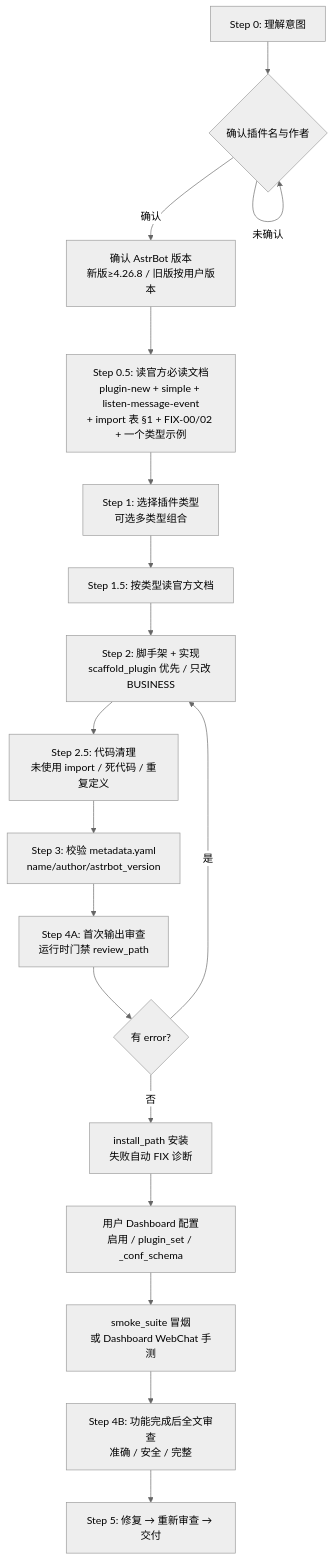
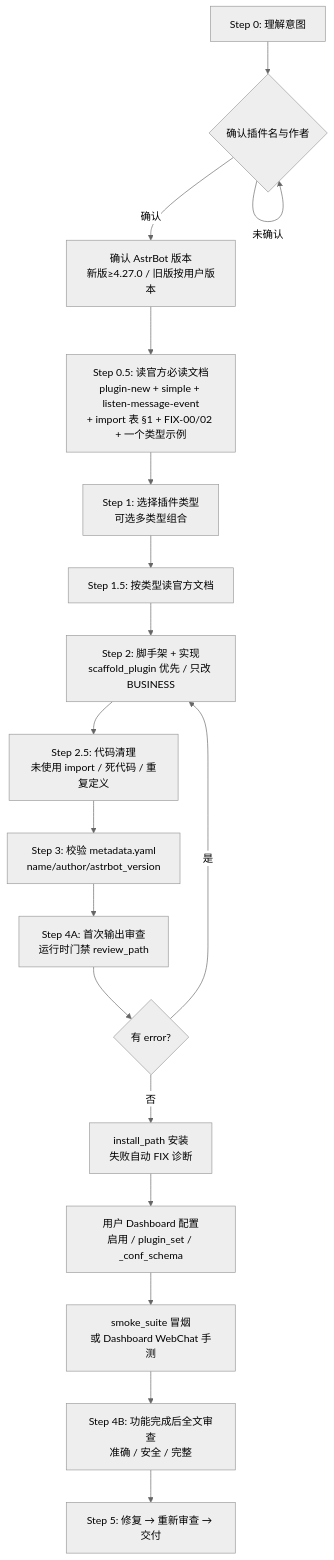
Before and after one commit to SteveBaka/skill_astrbot_plugin_dev_review: the diagram in README.md, drawn with Mermaid (neutral theme). The commit also changed other lines of this file and 4 other files, not shown here.

First line of the commit message:
docs(skill): 对齐 AstrBot v4.27.2 版本标注（推荐目标 ≥4.27.0）

````diff
--- a/README.md
+++ b/README.md
@@ -249,20 +249,20 @@
 ```mermaid
 flowchart TD
     A[Step 0: 理解意图] --> B{确认插件名与作者}
     B -- 未确认 --> B
-    B -- 确认 --> C[确认 AstrBot 版本<br/>新版≥4.26.8 / 旧版按用户版本]
+    B -- 确认 --> C[确认 AstrBot 版本<br/>新版≥4.27.0 / 旧版按用户版本]
     C --> D[Step 0.5: 读官方必读文档<br/>plugin-new + simple + listen-message-event<br/>+ import 表 §1 + FIX-00/02 + 一个类型示例]
     D --> E[Step 1: 选择插件类型<br/>可选多类型组合]
     E --> F[Step 1.5: 按类型读官方文档]
     F --> G[Step 2: 脚手架 + 实现<br/>scaffold_plugin 优先 / 只改 BUSINESS]
     G --> H[Step 2.5: 代码清理<br/>未使用 import / 死代码 / 重复定义]
     H --> I[Step 3: 校验 metadata.yaml<br/>name/author/astrbot_version]
     I --> J[Step 4A: 首次输出审查<br/>运行时门禁 review_path]
     J --> K{有 error?}
     K -- 是 --> G
     K -- 否 --> L[install_path 安装<br/>失败自动 FIX 诊断]
     L --> M[用户 Dashboard 配置<br/>启用 / plugin_set / _conf_schema]
     M --> N[smoke_suite 冒烟<br/>或 Dashboard WebChat 手测]
     N --> O[Step 4B: 功能完成后全文审查<br/>准确 / 安全 / 完整]
     O --> P[Step 5: 修复 → 重新审查 → 交付]
 ```
````
